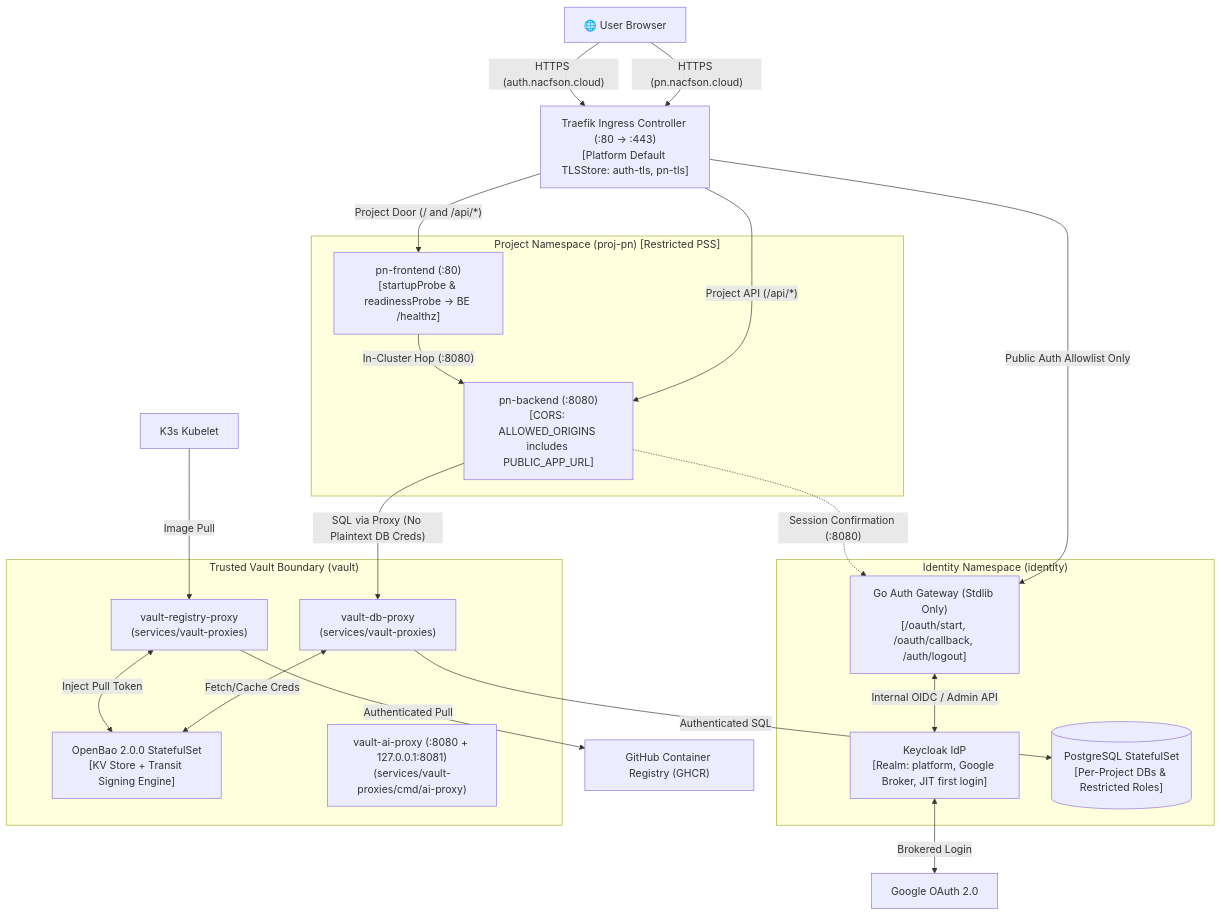
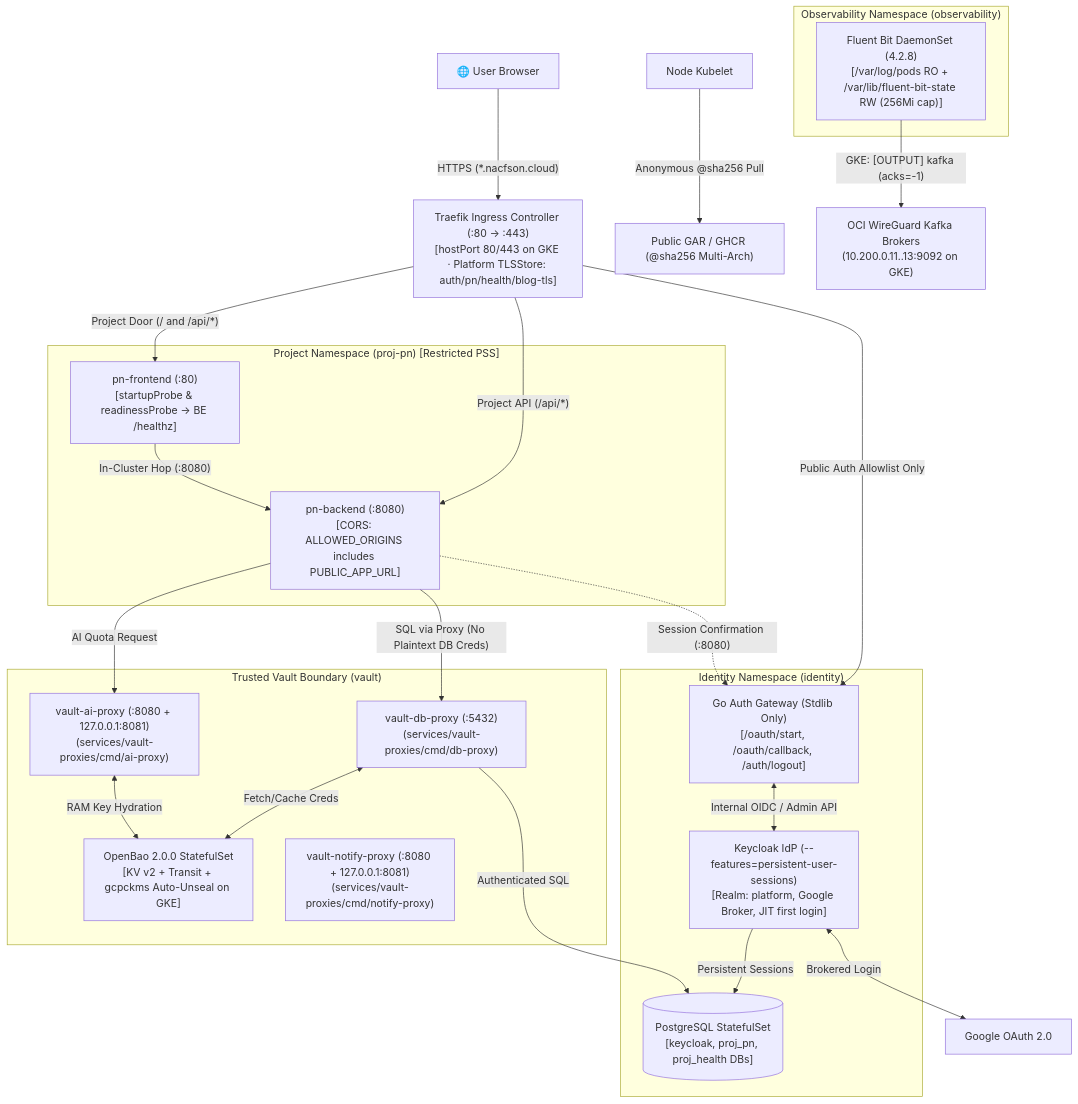
The first of 3 diagrams in ARCHITECTURE.md (nacfson/nacfson_pipeline), drawn with Mermaid before and after one commit. The commit also changed other lines of this file and 77 other files, not shown here.

````diff
--- a/ARCHITECTURE.md
+++ b/ARCHITECTURE.md
@@ -13,46 +16,52 @@
 ```mermaid
 flowchart TD
     Browser["🌐 User Browser"]
-    Traefik["Traefik Ingress Controller (:80 -> :443)<br/>[Platform Default TLSStore: auth-tls, pn-tls]"]
+    Traefik["Traefik Ingress Controller (:80 -> :443)<br/>[hostPort 80/443 on GKE · Platform TLSStore: auth/pn/health/blog-tls]"]
 
     subgraph PlatformIdentity["Identity Namespace (identity)"]
         Gateway["Go Auth Gateway (Stdlib Only)<br/>[/oauth/start, /oauth/callback, /auth/logout]"]
-        Keycloak["Keycloak IdP<br/>[Realm: platform, Google Broker, JIT first login]"]
-        Postgres[("PostgreSQL StatefulSet<br/>[Per-Project DBs & Restricted Roles]")]
+        Keycloak["Keycloak IdP (--features=persistent-user-sessions)<br/>[Realm: platform, Google Broker, JIT first login]"]
+        Postgres[("PostgreSQL StatefulSet<br/>[keycloak, proj_pn, proj_health DBs]")]
     end
 
     subgraph VaultBoundary["Trusted Vault Boundary (vault)"]
-        OpenBao["OpenBao 2.0.0 StatefulSet<br/>[KV Store + Transit Signing Engine]"]
-        DBProxy["vault-db-proxy<br/>(services/vault-proxies)"]
-        RegProxy["vault-registry-proxy<br/>(services/vault-proxies)"]
+        OpenBao["OpenBao 2.0.0 StatefulSet<br/>[KV v2 + Transit + gcpckms Auto-Unseal on GKE]"]
+        DBProxy["vault-db-proxy (:5432)<br/>(services/vault-proxies/cmd/db-proxy)"]
         AIProxy["vault-ai-proxy (:8080 + 127.0.0.1:8081)<br/>(services/vault-proxies/cmd/ai-proxy)"]
+        NotifyProxy["vault-notify-proxy (:8080 + 127.0.0.1:8081)<br/>(services/vault-proxies/cmd/notify-proxy)"]
     end
 
     subgraph ProjectPN["Project Namespace (proj-pn) [Restricted PSS]"]
         FE["pn-frontend (:80)<br/>[startupProbe & readinessProbe -> BE /healthz]"]
         BE["pn-backend (:8080)<br/>[CORS: ALLOWED_ORIGINS includes PUBLIC_APP_URL]"]
     end
 
+    subgraph ObservabilityNS["Observability Namespace (observability)"]
+        FB["Fluent Bit DaemonSet (4.2.8)<br/>[/var/log/pods RO + /var/lib/fluent-bit-state RW (256Mi cap)]"]
+    end
+
     Google["Google OAuth 2.0"]
-    GHCR["GitHub Container Registry (GHCR)"]
+    GAR["Public GAR / GHCR (@sha256 Multi-Arch)"]
+    OCIKafka["OCI WireGuard Kafka Brokers<br/>(10.200.0.11..13:9092 on GKE)"]
 
-    Browser -->|"HTTPS (pn.nacfson.cloud)"| Traefik
-    Browser -->|"HTTPS (auth.nacfson.cloud)"| Traefik
-
+    Browser -->|"HTTPS (*.nacfson.cloud)"| Traefik
     Traefik -->|"Project Door (/ and /api/*)"| FE
     Traefik -->|"Project API (/api/*)"| BE
     Traefik -->|"Public Auth Allowlist Only"| Gateway
 
     FE -->|"In-Cluster Hop (:8080)"| BE
     BE -.->|"Session Confirmation (:8080)"| Gateway
     Gateway <-->|"Internal OIDC / Admin API"| Keycloak
     Keycloak <-->|"Brokered Login"| Google
+    Keycloak -->|"Persistent Sessions"| Postgres
 
     BE -->|"SQL via Proxy (No Plaintext DB Creds)"| DBProxy
     DBProxy <-->|"Fetch/Cache Creds"| OpenBao
     DBProxy -->|"Authenticated SQL"| Postgres
 
-    Kubelet["K3s Kubelet"] -->|"Image Pull"| RegProxy
-    RegProxy <-->|"Inject Pull Token"| OpenBao
-    RegProxy -->|"Authenticated Pull"| GHCR
+    BE -->|"AI Quota Request"| AIProxy
+    AIProxy <-->|"RAM Key Hydration"| OpenBao
+
+    Kubelet["Node Kubelet"] -->|"Anonymous @sha256 Pull"| GAR
+    FB -->|"GKE: [OUTPUT] kafka (acks=-1)"| OCIKafka
 ```
````
